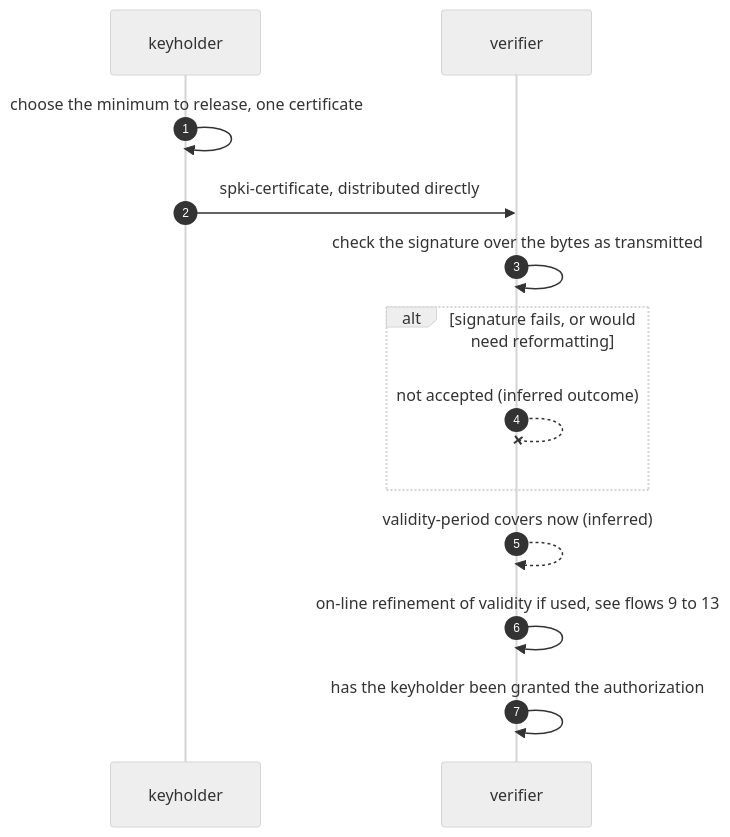
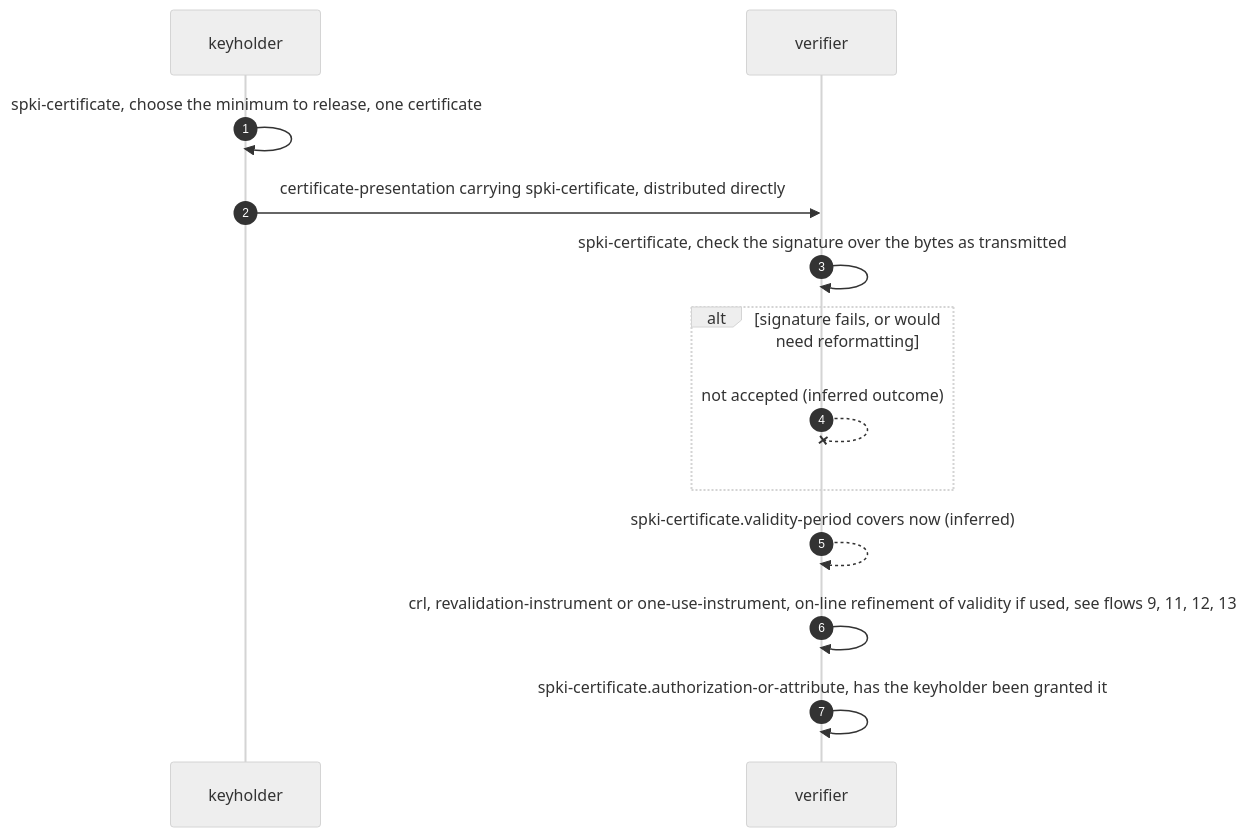
Before and after one commit to m-of-n/library: the first of 26 diagrams in records/ietf/rfc-2692/distilled/protocol.md, drawn with Mermaid (neutral theme). The commit also changed other lines of this file and 9 other files, not shown here.

````diff
--- a/records/ietf/rfc-2692/distilled/protocol.md
+++ b/records/ietf/rfc-2692/distilled/protocol.md
@@ -131,15 +143,15 @@
 ```mermaid
 sequenceDiagram
   autonumber
   participant K as keyholder
   participant V as verifier
-  K->>K: choose the minimum to release, one certificate
-  K->>V: spki-certificate, distributed directly
-  V->>V: check the signature over the bytes as transmitted
+  K->>K: spki-certificate, choose the minimum to release, one certificate
+  K->>V: certificate-presentation carrying spki-certificate, distributed directly
+  V->>V: spki-certificate, check the signature over the bytes as transmitted
   alt signature fails, or would need reformatting
     V--xV: not accepted (inferred outcome)
   end
-  V-->>V: validity-period covers now (inferred)
-  V->>V: on-line refinement of validity if used, see flows 9 to 13
-  V->>V: has the keyholder been granted the authorization
+  V-->>V: spki-certificate.validity-period covers now (inferred)
+  V->>V: crl, revalidation-instrument or one-use-instrument, on-line refinement of validity if used, see flows 9, 11, 12, 13
+  V->>V: spki-certificate.authorization-or-attribute, has the keyholder been granted it
 ```
````
